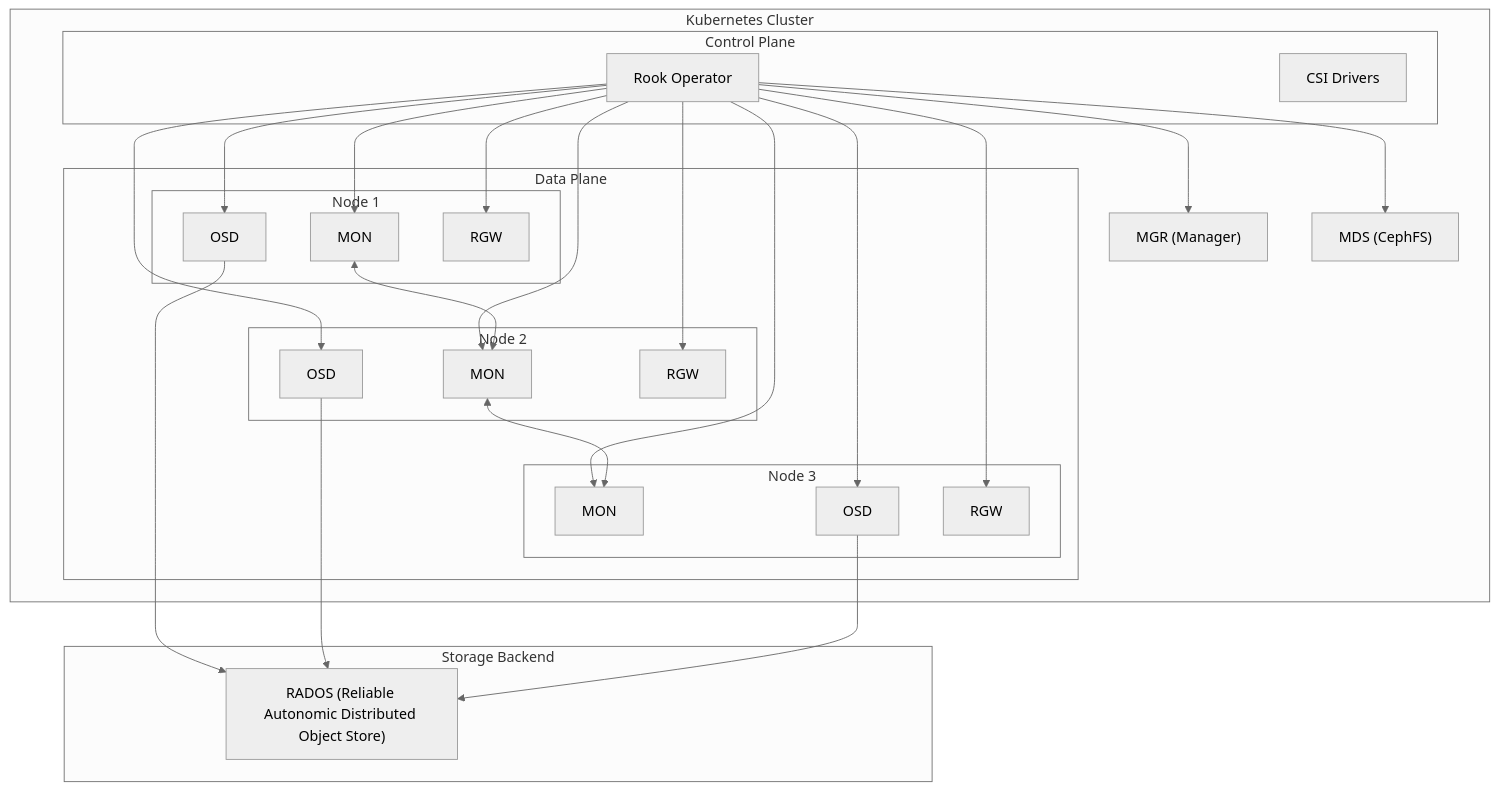
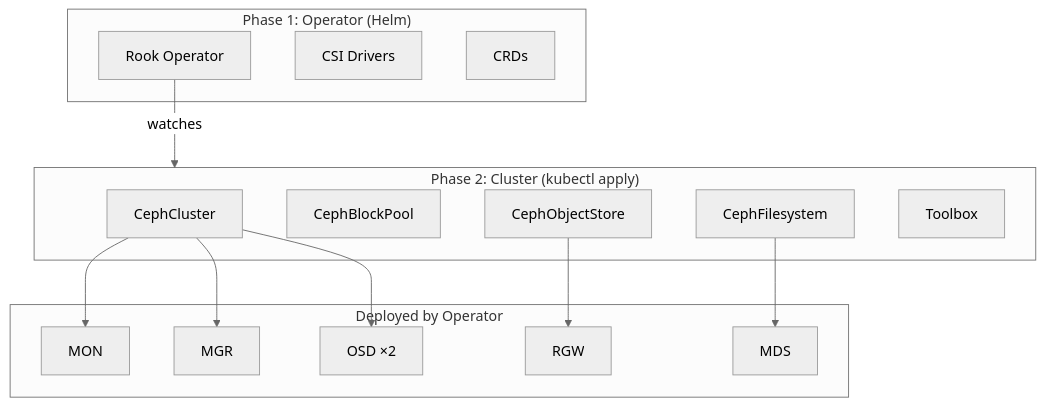
The first of 2 diagrams in components/ceph/README.md (rammi-dev/data-k8s-playground), drawn with Mermaid (neutral theme) before and after one commit. The commit also changed other lines of this file and 144 other files, not shown here.

````diff
--- a/components/ceph/README.md
+++ b/components/ceph/README.md
@@ -30,43 +28,29 @@
 ```mermaid
 flowchart TB
-    subgraph K8s["Kubernetes Cluster"]
-        subgraph ControlPlane["Control Plane"]
-            RookOp["Rook Operator"]
-            CSI["CSI Drivers"]
-        end
-
-        subgraph DataPlane["Data Plane"]
-            subgraph Node1["Node 1"]
-                MON1["MON"]
-                OSD1["OSD"]
-                RGW1["RGW"]
-            end
-            subgraph Node2["Node 2"]
-                MON2["MON"]
-                OSD2["OSD"]
-                RGW2["RGW"]
-            end
-            subgraph Node3["Node 3"]
-                MON3["MON"]
-                OSD3["OSD"]
-                RGW3["RGW"]
-            end
-        end
-
-        MGR["MGR (Manager)"]
-        MDS["MDS (CephFS)"]
+    subgraph Operator["Phase 1: Operator (Helm)"]
+        RookOp["Rook Operator"]
+        CSI["CSI Drivers"]
+        CRDs["CRDs"]
     end
 
-    subgraph Storage["Storage Backend"]
-        RADOS["RADOS (Reliable Autonomic Distributed Object Store)"]
+    subgraph Cluster["Phase 2: Cluster (kubectl apply)"]
+        CC["CephCluster"]
+        BP["CephBlockPool"]
+        FS["CephFilesystem"]
+        OS["CephObjectStore"]
+        TB["Toolbox"]
     end
 
-    RookOp --> MON1 & MON2 & MON3
-    RookOp --> OSD1 & OSD2 & OSD3
-    RookOp --> RGW1 & RGW2 & RGW3
-    RookOp --> MGR
-    RookOp --> MDS
+    subgraph Running["Deployed by Operator"]
+        MON["MON"]
+        MGR["MGR"]
+        OSD["OSD ×2"]
+        RGW["RGW"]
+        MDS["MDS"]
+    end
 
-    OSD1 & OSD2 & OSD3 --> RADOS
-    MON1 <--> MON2 <--> MON3
+    RookOp -->|watches| Cluster
+    CC --> MON & MGR & OSD
+    OS --> RGW
+    FS --> MDS
 ```
````
